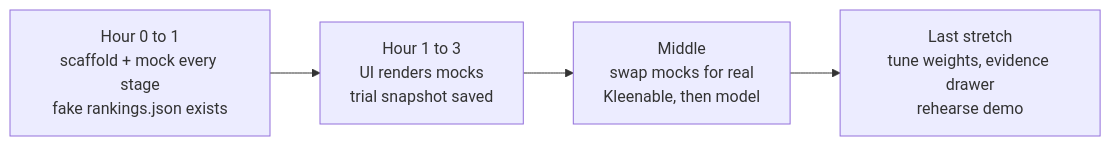
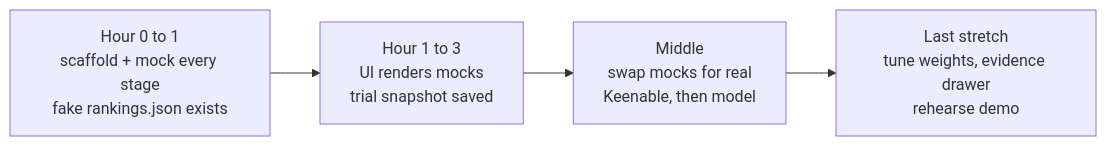
The third of 3 diagrams in HUMAN.md (Contactashmeetsingh/B5-hackers), drawn with Mermaid before and after one commit. The commit also changed other lines of this file and 3 other files, not shown here.

First line of the commit message:
Rename Kleenable to Keenable across docs, schema and cache

````diff
--- a/HUMAN.md
+++ b/HUMAN.md
@@ -78,6 +78,6 @@
 ```mermaid
 flowchart LR
     H1["Hour 0 to 1<br/>scaffold + mock every stage<br/>fake rankings.json exists"] --> H2["Hour 1 to 3<br/>UI renders mocks<br/>trial snapshot saved"]
-    H2 --> H3["Middle<br/>swap mocks for real<br/>Kleenable, then model"]
+    H2 --> H3["Middle<br/>swap mocks for real<br/>Keenable, then model"]
     H3 --> H4["Last stretch<br/>tune weights, evidence drawer<br/>rehearse demo"]
 ```
````
